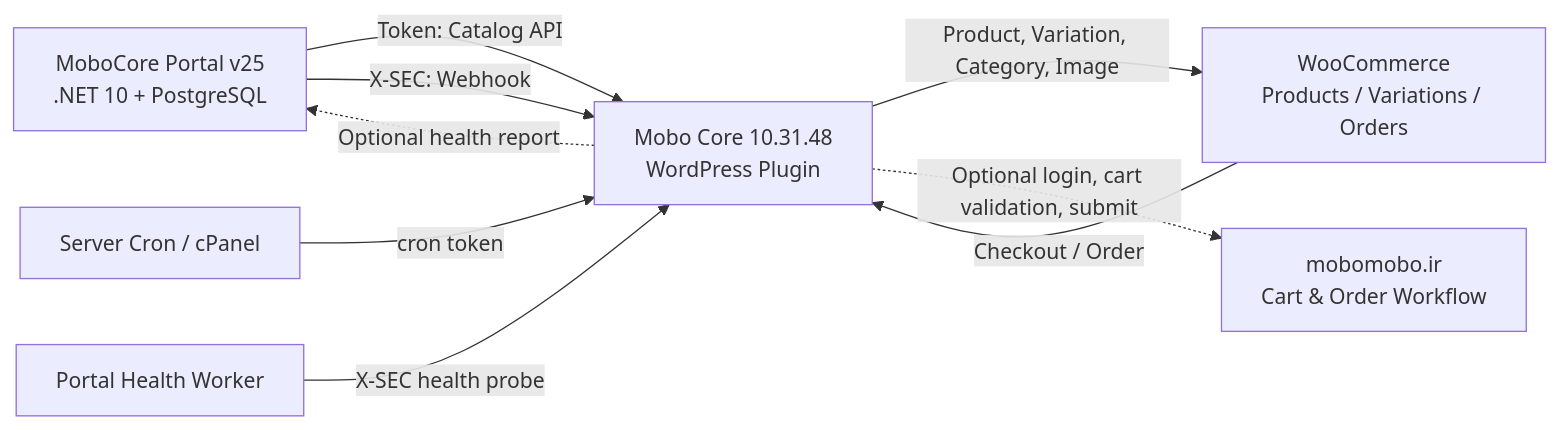
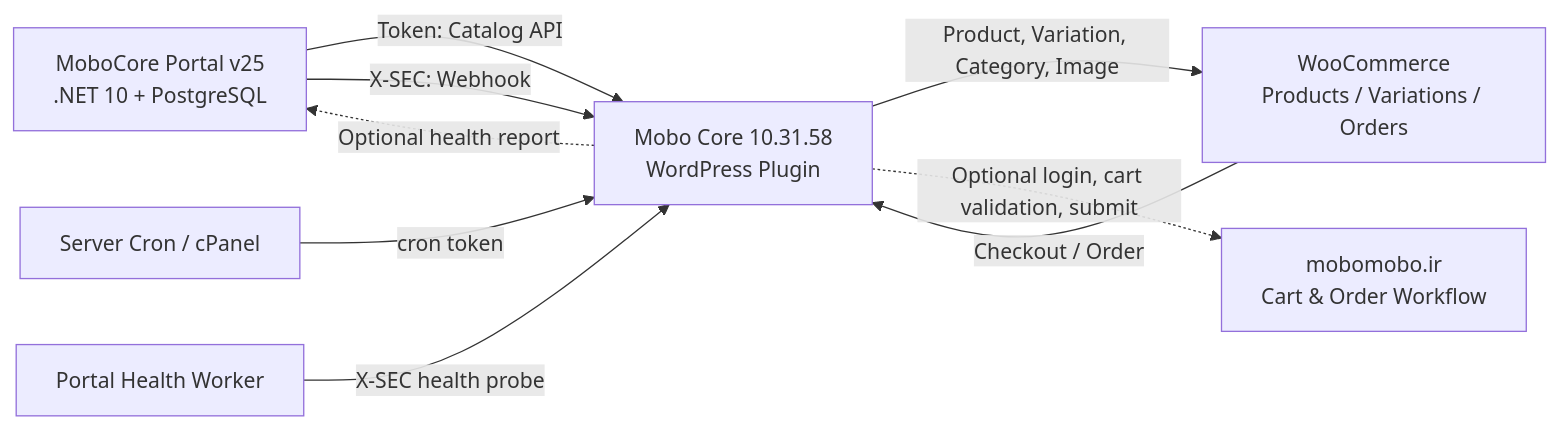
One commit to PedramDev/mobo-core changed the first of 11 diagrams in wp-content/plugins/mobo-core/DIAGRAMS.MD. Above: the diagram before and after it, drawn with Mermaid. The commit also changed other lines of this file and 19 other files, not shown here.

````diff
--- a/wp-content/plugins/mobo-core/DIAGRAMS.MD
+++ b/wp-content/plugins/mobo-core/DIAGRAMS.MD
@@ -21,18 +21,18 @@
 ```mermaid
 flowchart LR
     P["MoboCore Portal v25<br/>.NET 10 + PostgreSQL"]
-    W["Mobo Core 10.31.48<br/>WordPress Plugin"]
+    W["Mobo Core 10.31.58<br/>WordPress Plugin"]
     WC["WooCommerce<br/>Products / Variations / Orders"]
     M["mobomobo.ir<br/>Cart & Order Workflow"]
     C["Server Cron / cPanel"]
     H["Portal Health Worker"]
 
     P -- "Token: Catalog API" --> W
     P -- "X-SEC: Webhook" --> W
     W -- "Product, Variation, Category, Image" --> WC
     WC -- "Checkout / Order" --> W
     W -. "Optional login, cart validation, submit" .-> M
     C -- "cron token" --> W
     H -- "X-SEC health probe" --> W
     W -. "Optional health report" .-> P
 ```
````
